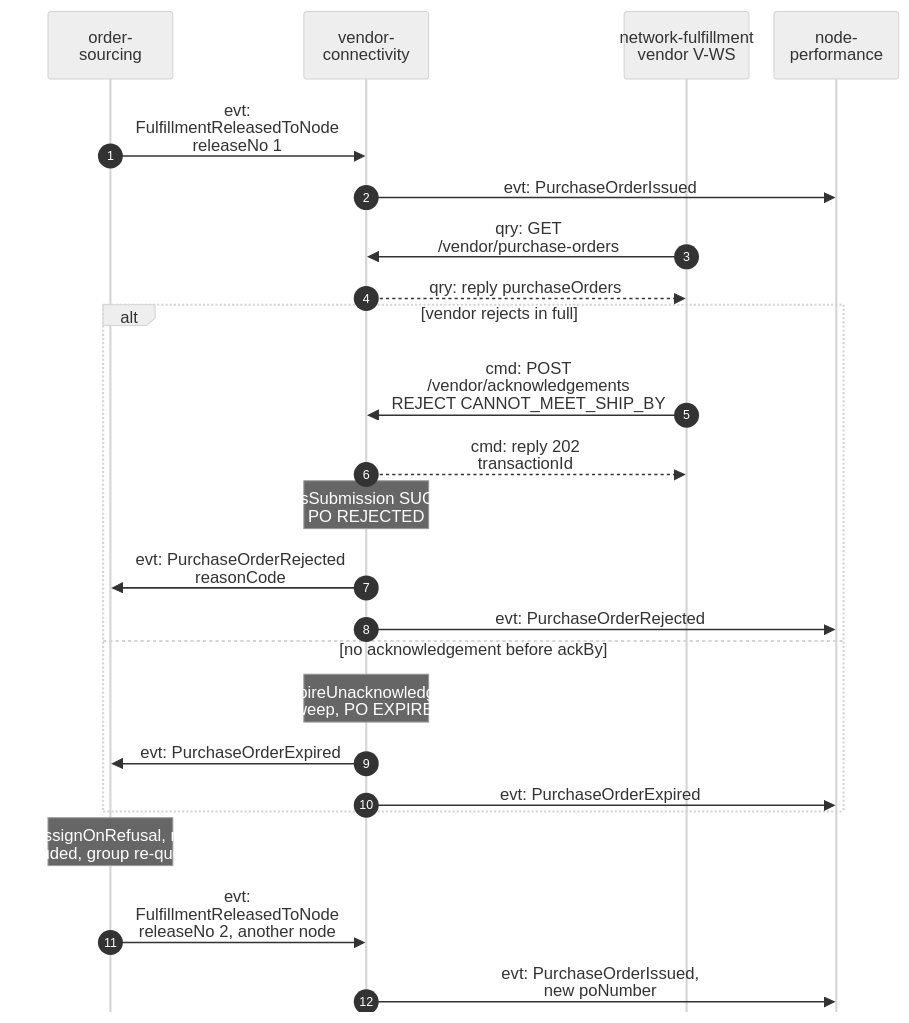
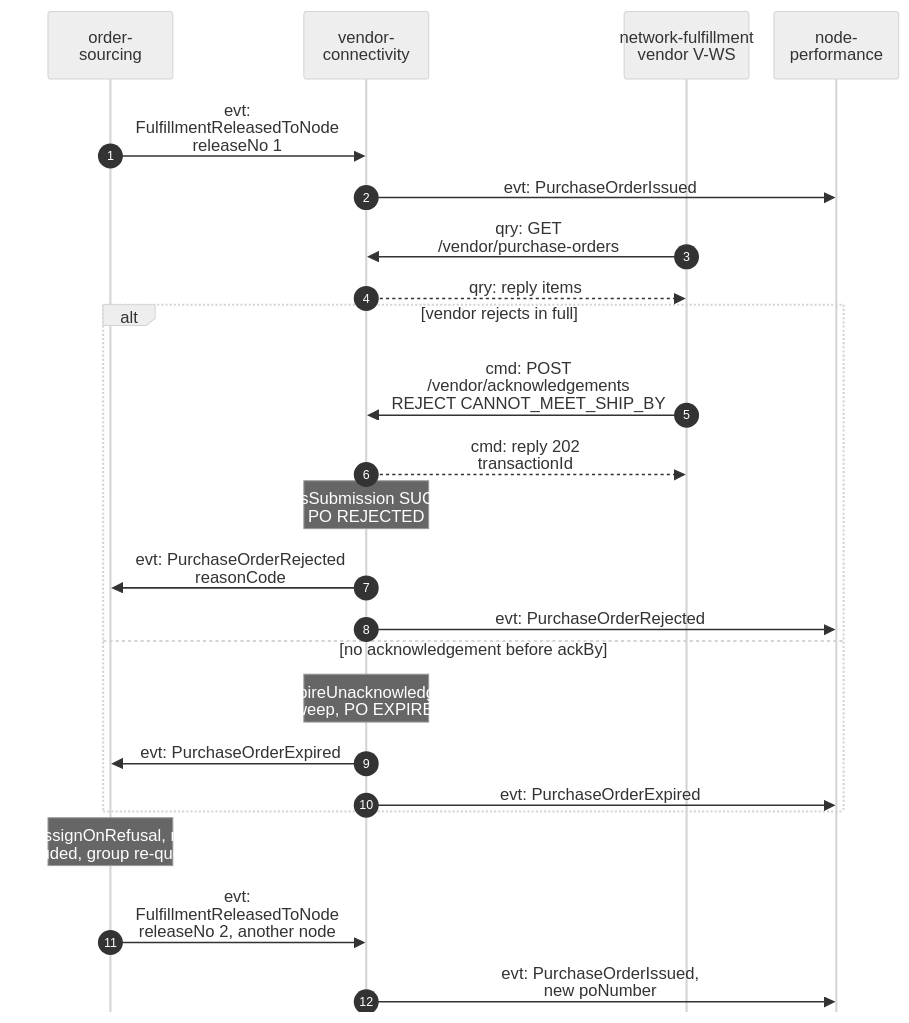
Before and after one commit to IQVO/vendor-connectivity: the second of 5 diagrams in docs/docs/ddd/domain-message-flow.md, drawn with Mermaid (neutral theme). The commit also changed other lines of this file and 64 other files, not shown here.

````diff
--- a/docs/docs/ddd/domain-message-flow.md
+++ b/docs/docs/ddd/domain-message-flow.md
@@ -63,27 +63,27 @@
 ```mermaid
 %%{init: {"sequence": {"wrap": true, "width": 120, "actorMargin": 24, "messageMargin": 28, "boxMargin": 6, "noteMargin": 6, "mirrorActors": false}}}%%
 sequenceDiagram
     autonumber
     participant OS as order-<br/>sourcing
     participant VC as vendor-<br/>connectivity
     participant NF as network-fulfillment<br/>vendor V-WS
     participant NP as node-<br/>performance
     OS->>VC: evt:<br/>FulfillmentReleasedToNode<br/>releaseNo 1
     VC->>NP: evt: PurchaseOrderIssued
     NF->>VC: qry: GET<br/>/vendor/purchase-orders
-    VC-->>NF: qry: reply purchaseOrders
+    VC-->>NF: qry: reply items
     alt vendor rejects in full
         NF->>VC: cmd: POST<br/>/vendor/acknowledgements<br/>REJECT CANNOT_MEET_SHIP_BY
         VC-->>NF: cmd: reply 202<br/>transactionId
         Note over VC: ProcessSubmission SUCCESS,<br/>PO REJECTED
         VC->>OS: evt: PurchaseOrderRejected<br/>reasonCode
         VC->>NP: evt: PurchaseOrderRejected
     else no acknowledgement before ackBy
         Note over VC: ExpireUnacknowledged<br/>sweep, PO EXPIRED
         VC->>OS: evt: PurchaseOrderExpired
         VC->>NP: evt: PurchaseOrderExpired
     end
     Note over OS: ReassignOnRefusal, node<br/>excluded, group re-queued
     OS->>VC: evt:<br/>FulfillmentReleasedToNode<br/>releaseNo 2, another node
     VC->>NP: evt: PurchaseOrderIssued,<br/>new poNumber
 ```
````
